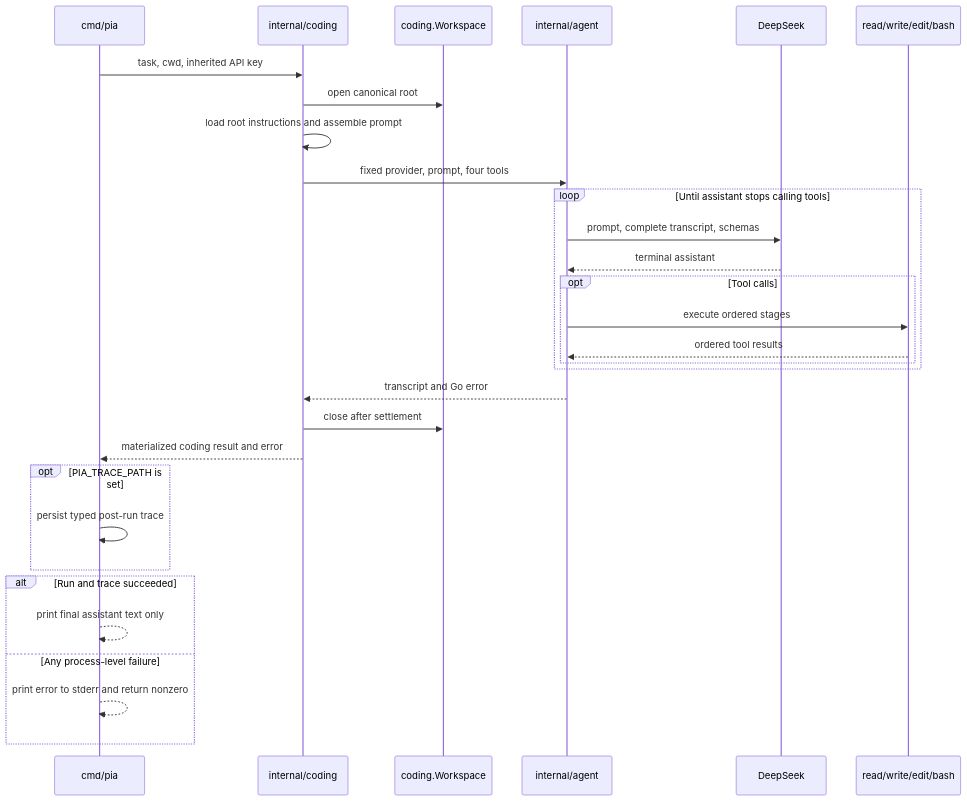
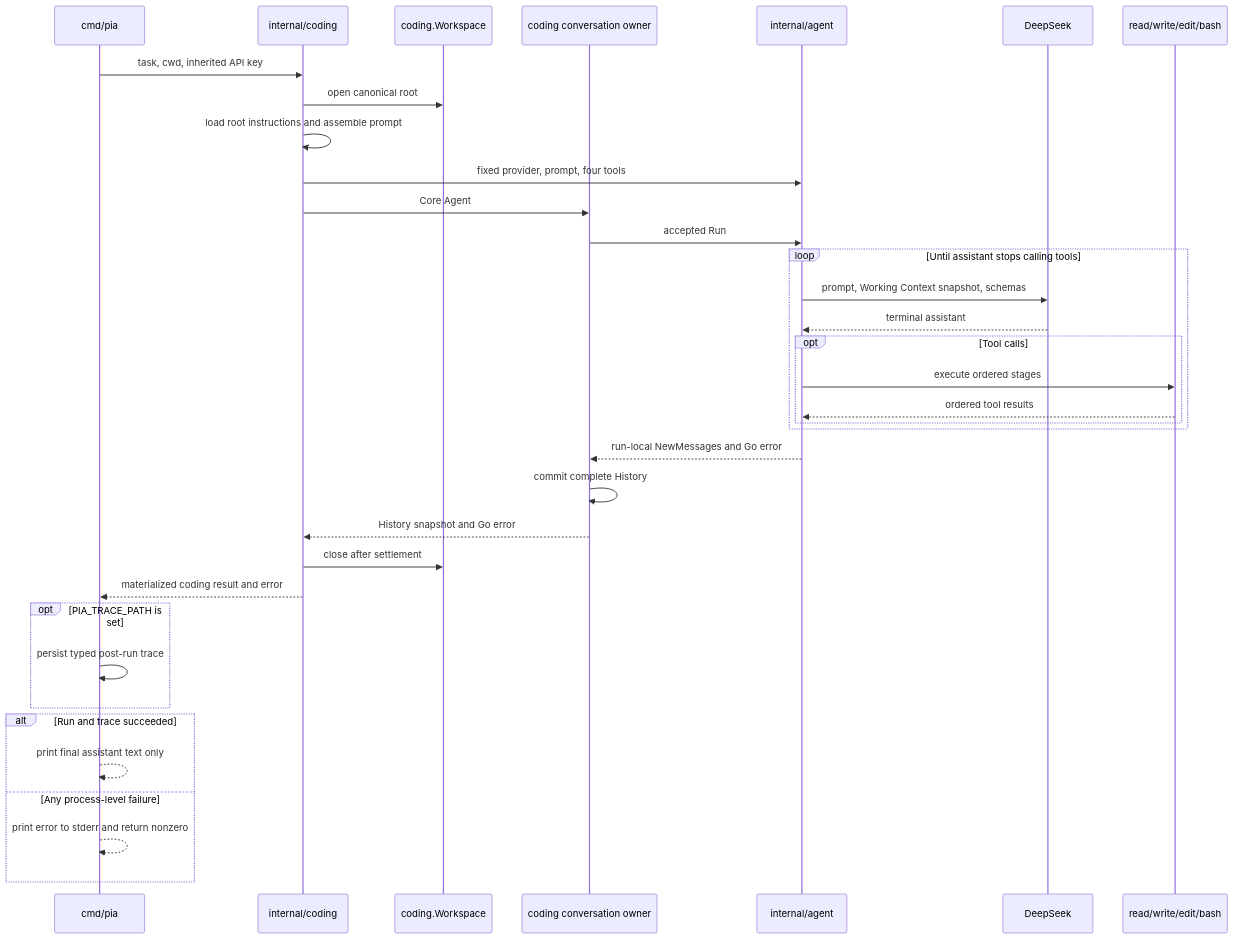
One commit to yuanbohan/pia changed the second of 3 diagrams in docs/plans/2026-07-19-001-feature-pia-one-shot-coding-agent-plan.md. Above: the diagram before and after it, drawn with Mermaid. The commit also changed other lines of this file and 17 other files, not shown here.

First line of the commit message:
feat(agent): separate history from working context

````diff
--- a/docs/plans/2026-07-19-001-feature-pia-one-shot-coding-agent-plan.md
+++ b/docs/plans/2026-07-19-001-feature-pia-one-shot-coding-agent-plan.md
@@ -213,33 +214,38 @@
 ```mermaid
 sequenceDiagram
   participant CLI as cmd/pia
   participant Coding as internal/coding
   participant Workspace as coding.Workspace
+  participant Conversation as coding conversation owner
   participant Agent as internal/agent
   participant Provider as DeepSeek
   participant Tools as read/write/edit/bash
 
   CLI->>Coding: task, cwd, inherited API key
   Coding->>Workspace: open canonical root
   Coding->>Coding: load root instructions and assemble prompt
   Coding->>Agent: fixed provider, prompt, four tools
+  Coding->>Conversation: Core Agent
+  Conversation->>Agent: accepted Run
   loop Until assistant stops calling tools
-    Agent->>Provider: prompt, complete transcript, schemas
+    Agent->>Provider: prompt, Working Context snapshot, schemas
     Provider-->>Agent: terminal assistant
     opt Tool calls
       Agent->>Tools: execute ordered stages
       Tools-->>Agent: ordered tool results
     end
   end
-  Agent-->>Coding: transcript and Go error
+  Agent-->>Conversation: run-local NewMessages and Go error
+  Conversation->>Conversation: commit complete History
+  Conversation-->>Coding: History snapshot and Go error
   Coding->>Workspace: close after settlement
   Coding-->>CLI: materialized coding result and error
   opt PIA_TRACE_PATH is set
     CLI->>CLI: persist typed post-run trace
   end
   alt Run and trace succeeded
     CLI-->>CLI: print final assistant text only
   else Any process-level failure
     CLI-->>CLI: print error to stderr and return nonzero
   end
 ```
````
